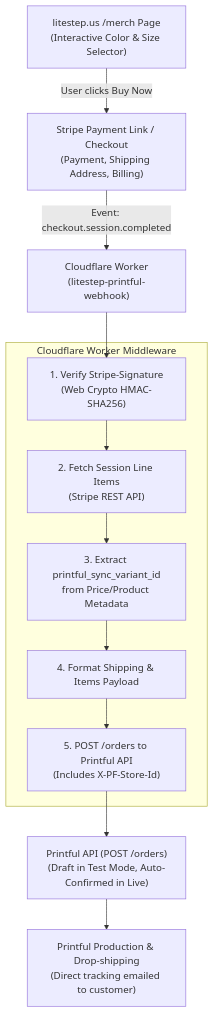
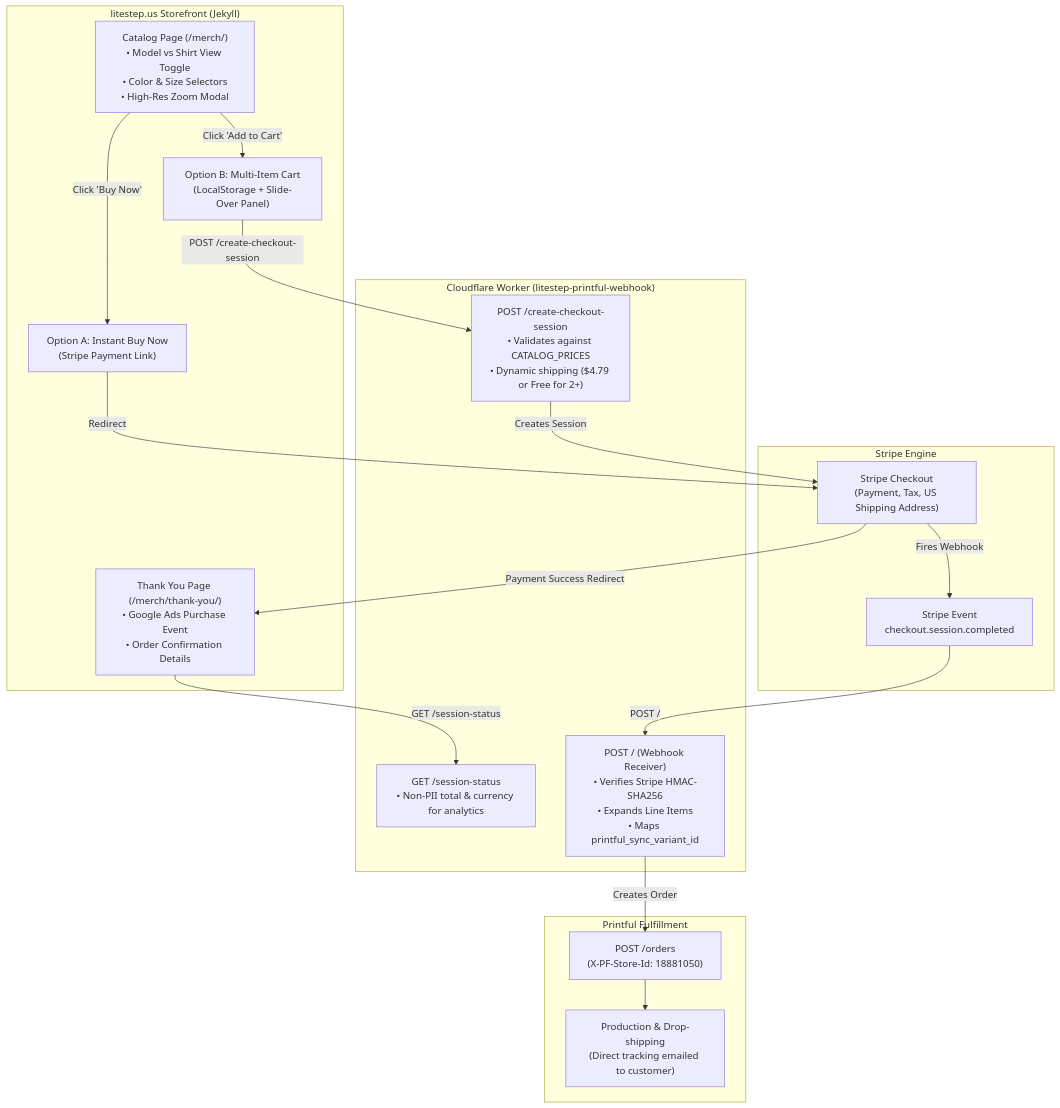
The diagram in STRIPE_PRINTFUL_INTEGRATION_WALKTHROUGH.md (jbcohn/litestep.site), drawn with Mermaid before and after one commit. The commit also changed other lines of this file, not shown here.

Commit message:
Update Stripe and Printful integration walkthrough to reflect full multi-product cart and mockup generator architecture

````diff
--- a/STRIPE_PRINTFUL_INTEGRATION_WALKTHROUGH.md
+++ b/STRIPE_PRINTFUL_INTEGRATION_WALKTHROUGH.md
@@ -9,16 +13,37 @@
 ```mermaid
 flowchart TD
-    A["litestep.us /merch Page<br/>(Interactive Color & Size Selector)"] -->|User clicks Buy Now| B["Stripe Payment Link / Checkout<br/>(Payment, Shipping Address, Billing)"]
-    B -->|Event: checkout.session.completed| C["Cloudflare Worker<br/>(litestep-printful-webhook)"]
-    subgraph Cloudflare Worker Middleware
-        C1["1. Verify Stripe-Signature<br/>(Web Crypto HMAC-SHA256)"]
-        C2["2. Fetch Session Line Items<br/>(Stripe REST API)"]
-        C3["3. Extract printful_sync_variant_id<br/>from Price/Product Metadata"]
-        C4["4. Format Shipping & Items Payload"]
-        C5["5. POST /orders to Printful API<br/>(Includes X-PF-Store-Id)"]
-        C1 --> C2 --> C3 --> C4 --> C5
+    subgraph Client ["litestep.us Storefront (Jekyll)"]
+        A["Catalog Page (/merch/)<br/>• Model vs Shirt View Toggle<br/>• Color & Size Selectors<br/>• High-Res Zoom Modal"]
+        B["Option A: Instant Buy Now<br/>(Stripe Payment Link)"]
+        C["Option B: Multi-Item Cart<br/>(LocalStorage + Slide-Over Panel)"]
+        Z["Thank You Page (/merch/thank-you/)<br/>• Google Ads Purchase Event<br/>• Order Confirmation Details"]
+        A -->|Click 'Buy Now'| B
+        A -->|Click 'Add to Cart'| C
     end
-    C --> C1
-    C5 --> D["Printful API (POST /orders)<br/>(Draft in Test Mode, Auto-Confirmed in Live)"]
-    D --> E["Printful Production & Drop-shipping<br/>(Direct tracking emailed to customer)"]
+
+    subgraph Edge ["Cloudflare Worker (litestep-printful-webhook)"]
+        W1["POST /create-checkout-session<br/>• Validates against CATALOG_PRICES<br/>• Dynamic shipping ($4.79 or Free for 2+)"]
+        W2["GET /session-status<br/>• Non-PII total & currency for analytics"]
+        W3["POST / (Webhook Receiver)<br/>• Verifies Stripe HMAC-SHA256<br/>• Expands Line Items<br/>• Maps printful_sync_variant_id"]
+    end
+
+    subgraph Stripe ["Stripe Engine"]
+        S1["Stripe Checkout<br/>(Payment, Tax, US Shipping Address)"]
+        S2["Stripe Event<br/>checkout.session.completed"]
+    end
+
+    subgraph Printful ["Printful Fulfillment"]
+        P1["POST /orders<br/>(X-PF-Store-Id: 18881050)"]
+        P2["Production & Drop-shipping<br/>(Direct tracking emailed to customer)"]
+    end
+
+    B -->|Redirect| S1
+    C -->|POST /create-checkout-session| W1
+    W1 -->|Creates Session| S1
+    S1 -->|Payment Success Redirect| Z
+    Z -->|GET /session-status| W2
+    S1 -->|Fires Webhook| S2
+    S2 -->|POST /| W3
+    W3 -->|Creates Order| P1
+    P1 --> P2
 ```
````
